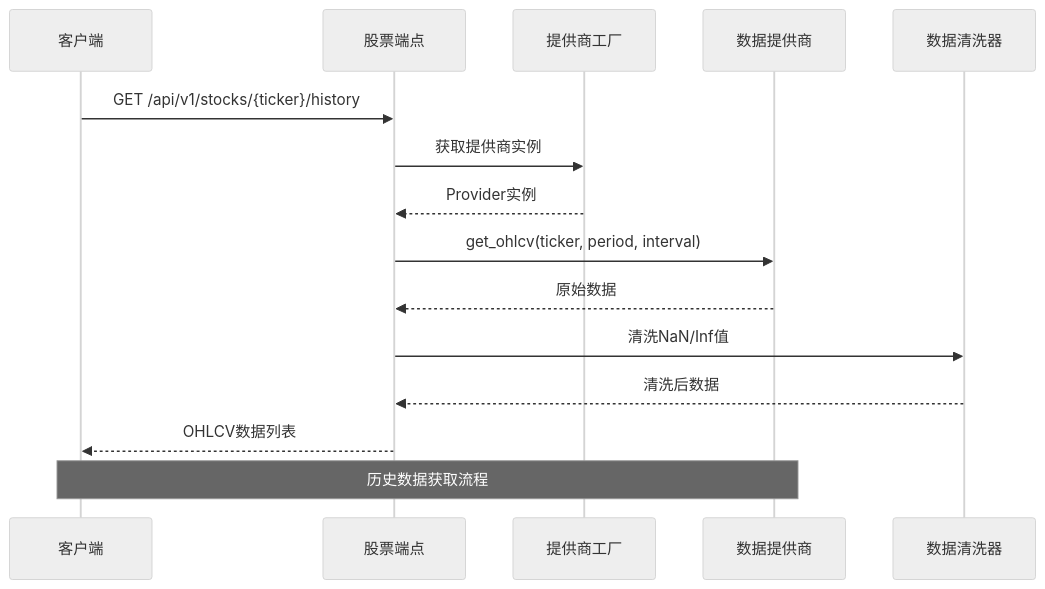
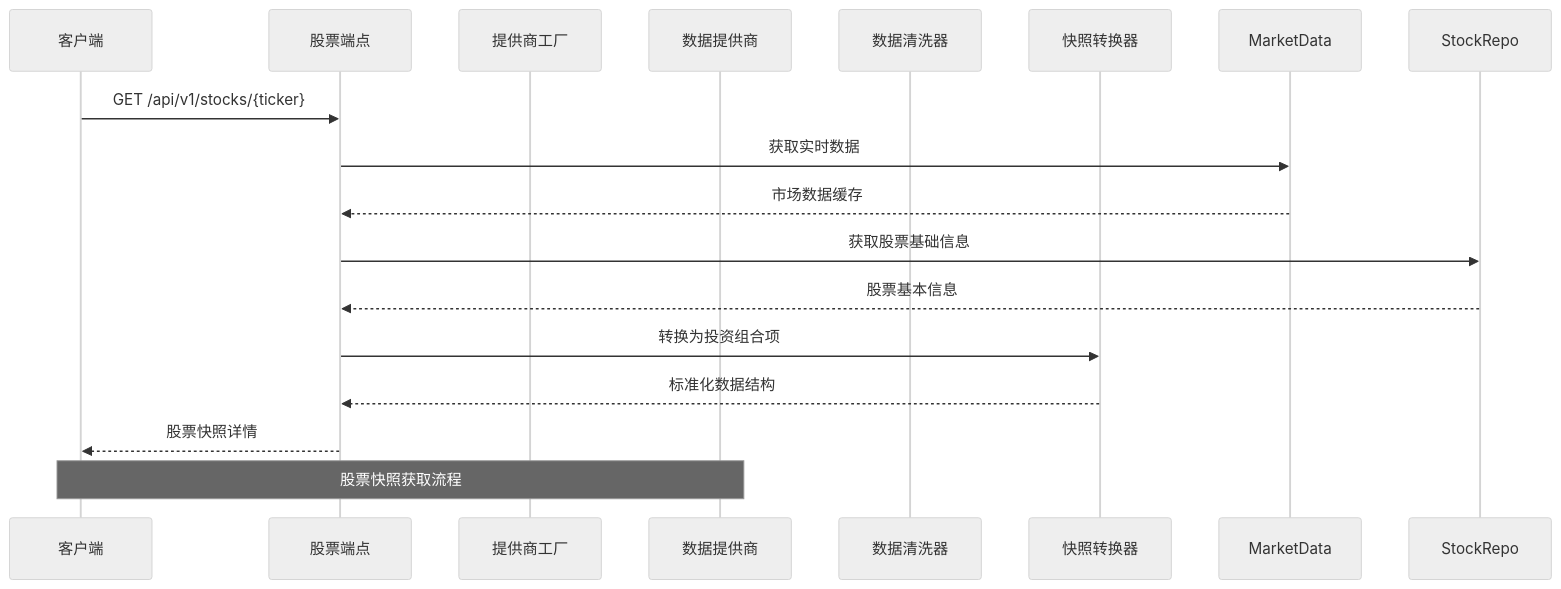
One commit to breeze-lyf/ai-stock-advisor changed the fifth of 8 diagrams in .qoder/repowiki/zh/content/后端开发指南/API开发规范/V1 API端点架构.md. Above: the diagram before and after it, drawn with Mermaid (neutral theme). The commit also changed other lines of this file and 10 other files, not shown here.

````diff
--- a/.qoder/repowiki/zh/content/后端开发指南/API开发规范/V1 API端点架构.md
+++ b/.qoder/repowiki/zh/content/后端开发指南/API开发规范/V1 API端点架构.md
@@ -244,17 +258,18 @@
 ```mermaid
 sequenceDiagram
 participant Client as 客户端
 participant Stock as 股票端点
 participant Factory as 提供商工厂
 participant Provider as 数据提供商
 participant Sanitizer as 数据清洗器
-Client->>Stock : GET /api/v1/stocks/{ticker}/history
-Stock->>Factory : 获取提供商实例
-Factory-->>Stock : Provider实例
-Stock->>Provider : get_ohlcv(ticker, period, interval)
-Provider-->>Stock : 原始数据
-Stock->>Sanitizer : 清洗NaN/Inf值
-Sanitizer-->>Stock : 清洗后数据
-Stock-->>Client : OHLCV数据列表
-Note over Client,Provider : 历史数据获取流程
+participant Snapshot as 快照转换器
+Client->>Stock : GET /api/v1/stocks/{ticker}
+Stock->>MarketData : 获取实时数据
+MarketData-->>Stock : 市场数据缓存
+Stock->>StockRepo : 获取股票基础信息
+StockRepo-->>Stock : 股票基本信息
+Stock->>Snapshot : 转换为投资组合项
+Snapshot-->>Stock : 标准化数据结构
+Stock-->>Client : 股票快照详情
+Note over Client,Provider : 股票快照获取流程
 ```
````
